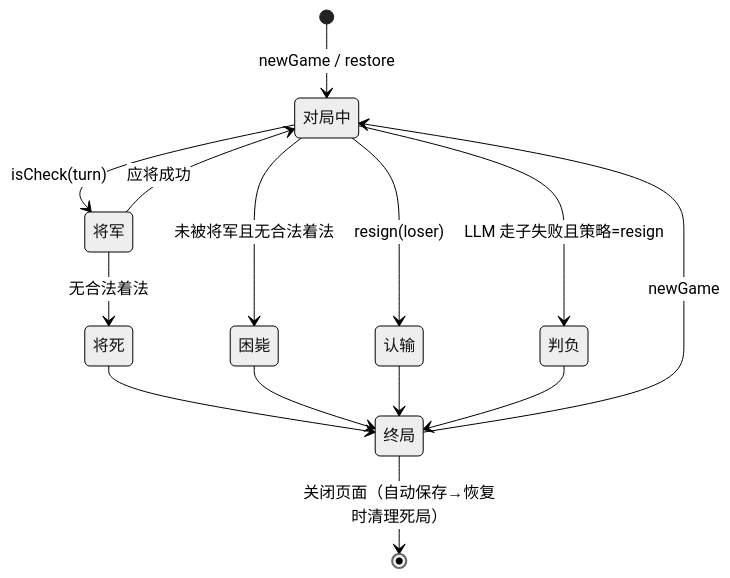
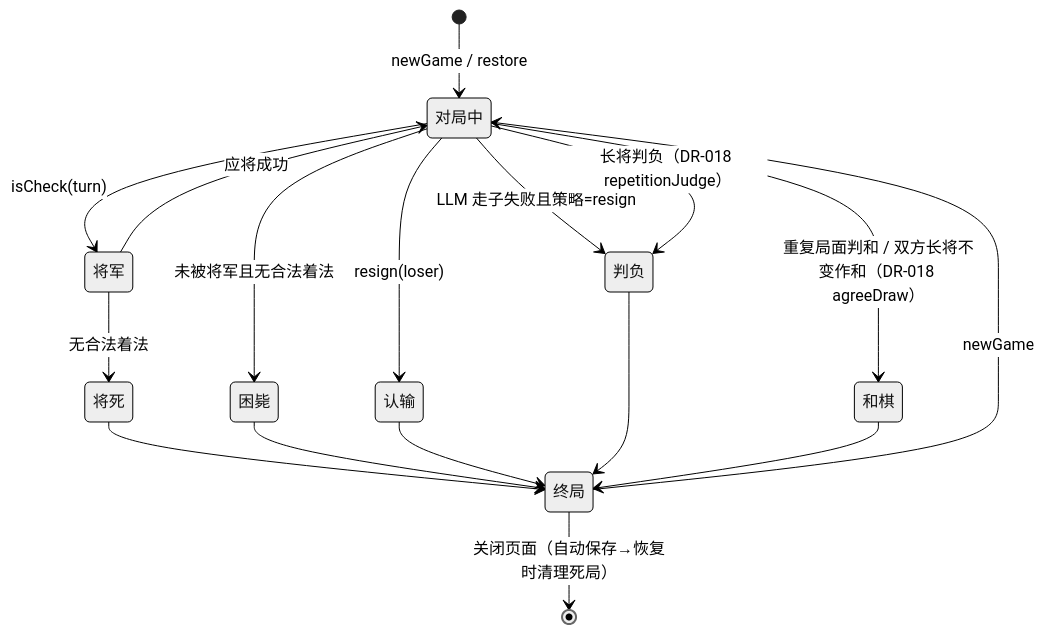
The fifth of 5 diagrams in design_docs/02-规则内核设计.md (jxsword/chinese_chess_electron), drawn with Mermaid (neutral theme) before and after one commit. The commit also changed other lines of this file and 8 other files, not shown here.

````diff
--- a/design_docs/02-规则内核设计.md
+++ b/design_docs/02-规则内核设计.md
@@ -177,16 +177,19 @@
 ```mermaid
 stateDiagram-v2
     [*] --> 对局中: newGame / restore
     对局中 --> 将军: isCheck(turn)
     将军 --> 对局中: 应将成功
     将军 --> 将死: 无合法着法
     对局中 --> 困毙: 未被将军且无合法着法
     对局中 --> 认输: resign(loser)
     对局中 --> 判负: LLM 走子失败且策略=resign
+    对局中 --> 判负: 长将判负（DR-018 repetitionJudge）
+    对局中 --> 和棋: 重复局面判和 / 双方长将不变作和（DR-018 agreeDraw）
     将死 --> 终局
     困毙 --> 终局
     认输 --> 终局
     判负 --> 终局
+    和棋 --> 终局
     终局 --> 对局中: newGame
     终局 --> [*]: 关闭页面（自动保存→恢复时清理死局）
 ```
````
